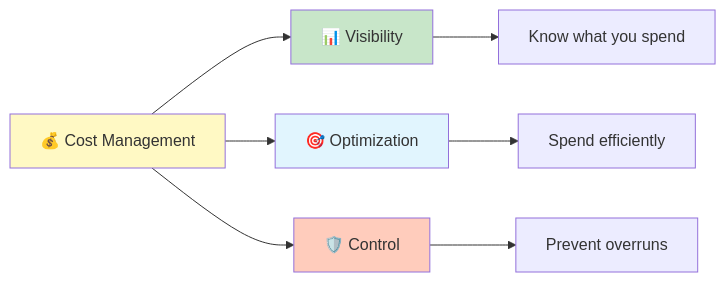
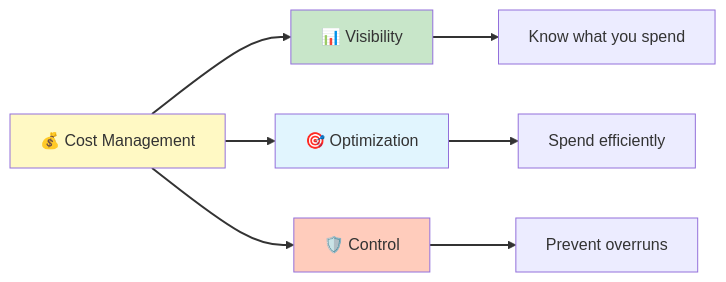
One commit to Celtikill/static-site changed the diagram in docs/cost-management.md. Above: the diagram before and after it, drawn with Mermaid. The commit also changed 17 other files, not shown here.

````diff
--- a/docs/cost-management.md
+++ b/docs/cost-management.md
@@ -17,15 +17,26 @@
 ```mermaid
+%%{init: {'theme':'default', 'themeVariables': {'fontSize':'16px'}}}%%
 graph LR
+    accTitle: Cost Management Philosophy and Three Pillars
+    accDescr: Three-pillar cost management framework balancing visibility, optimization, and control for sustainable cloud operations. The Visibility pillar implements comprehensive cost monitoring and measurement establishing baseline understanding of spending patterns across services, environments, and resource types, enabling data-driven decision making through AWS Cost Explorer, CloudWatch metrics, and budget reports tracking expenditures in real-time. The Optimization pillar focuses on spending efficiency through right-sizing resources to match actual workload requirements, leveraging AWS free tier maximizing complimentary resources, implementing environment-specific configurations with development using cost-optimized settings and production using performance-optimized resources, and applying cost-saving strategies like S3 lifecycle policies and CloudFront caching. The Control pillar prevents cost overruns through automated budget alerts triggering notifications before limits are reached, service quotas limiting maximum resource provisioning, environment-specific spending caps with development at lower thresholds, and approval workflows for infrastructure changes impacting costs. This framework ensures you know what you spend through visibility, spend efficiently through optimization, and prevent overruns through control. The three pillars work synergistically with visibility informing optimization decisions and control mechanisms preventing budget violations, creating sustainable cost management for long-term operational success.
+
     A["💰 Cost Management"] --> B["📊 Visibility"]
     A --> C["🎯 Optimization"]
     A --> D["🛡️ Control"]
 
     B --> E["Know what you spend"]
     C --> F["Spend efficiently"]
     D --> G["Prevent overruns"]
 
     style A fill:#fff9c4
     style B fill:#c8e6c9
     style C fill:#e1f5fe
     style D fill:#ffccbc
+
+    linkStyle 0 stroke:#333333,stroke-width:2px
+    linkStyle 1 stroke:#333333,stroke-width:2px
+    linkStyle 2 stroke:#333333,stroke-width:2px
+    linkStyle 3 stroke:#333333,stroke-width:2px
+    linkStyle 4 stroke:#333333,stroke-width:2px
+    linkStyle 5 stroke:#333333,stroke-width:2px
 ```
````
